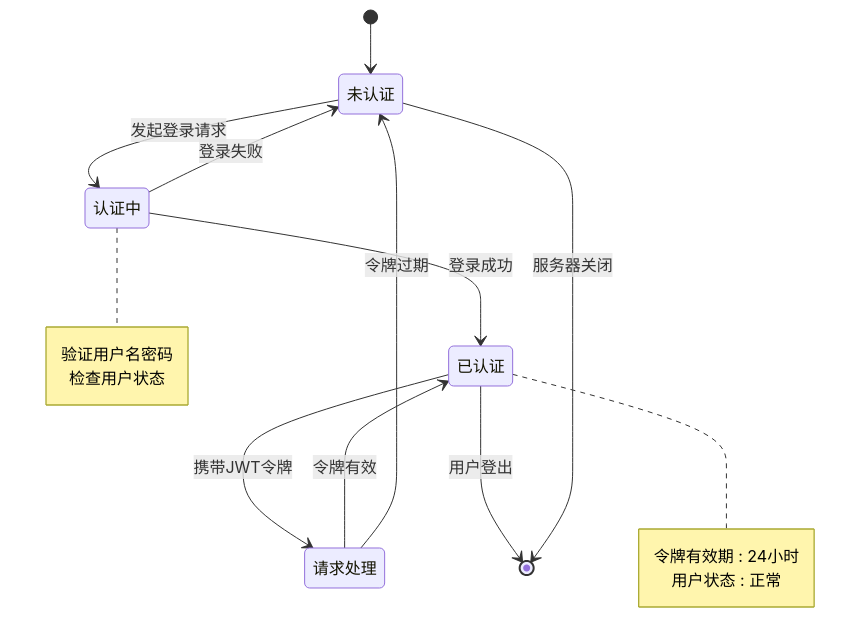
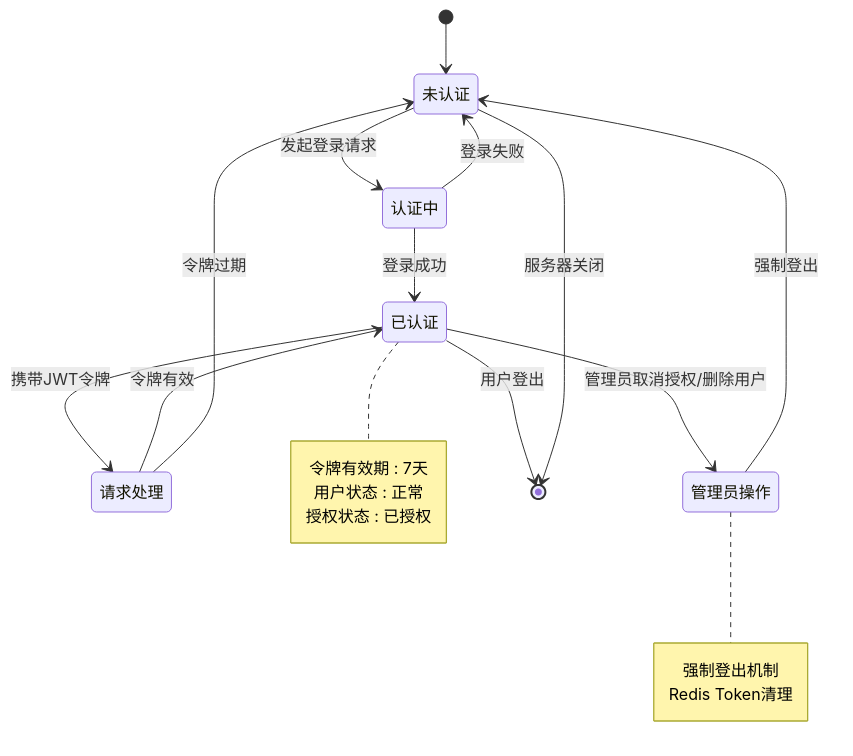
Diagram 11 of 19 in .qoder/repowiki/zh/content/用户管理系统/用户管理系统.md (20164206160/zhishilu), drawn with Mermaid before and after one commit. The commit also changed other lines of this file and 11 other files, not shown here.

````diff
--- a/.qoder/repowiki/zh/content/用户管理系统/用户管理系统.md
+++ b/.qoder/repowiki/zh/content/用户管理系统/用户管理系统.md
@@ -500,20 +739,23 @@
 ```mermaid
 stateDiagram-v2
 [*] --> 未认证
 未认证 --> 认证中 : 发起登录请求
 认证中 --> 已认证 : 登录成功
 认证中 --> 未认证 : 登录失败
 已认证 --> 请求处理 : 携带JWT令牌
 请求处理 --> 已认证 : 令牌有效
 请求处理 --> 未认证 : 令牌过期
+已认证 --> 管理员操作 : 管理员取消授权/删除用户
+管理员操作 --> 未认证 : 强制登出
 已认证 --> [*] : 用户登出
 未认证 --> [*] : 服务器关闭
 note right of 已认证
-令牌有效期 : 24小时
+令牌有效期 : 7天
 用户状态 : 正常
+授权状态 : 已授权
 end note
-note right of 认证中
-验证用户名密码
-检查用户状态
+note right of 管理员操作
+强制登出机制
+Redis Token清理
 end note
 ```
````
